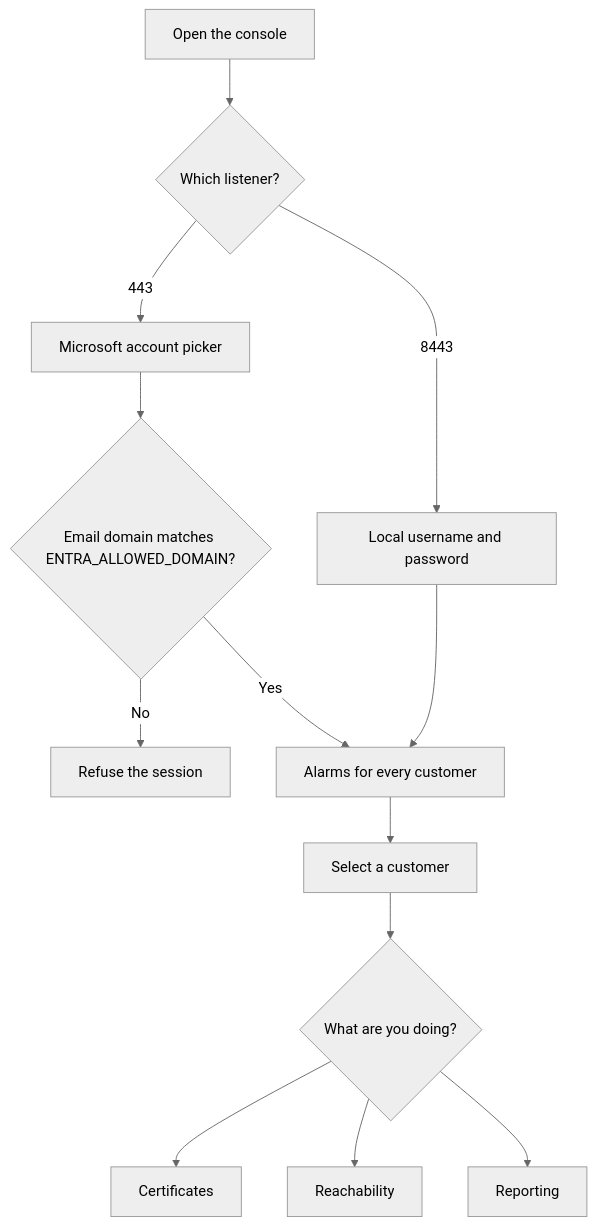
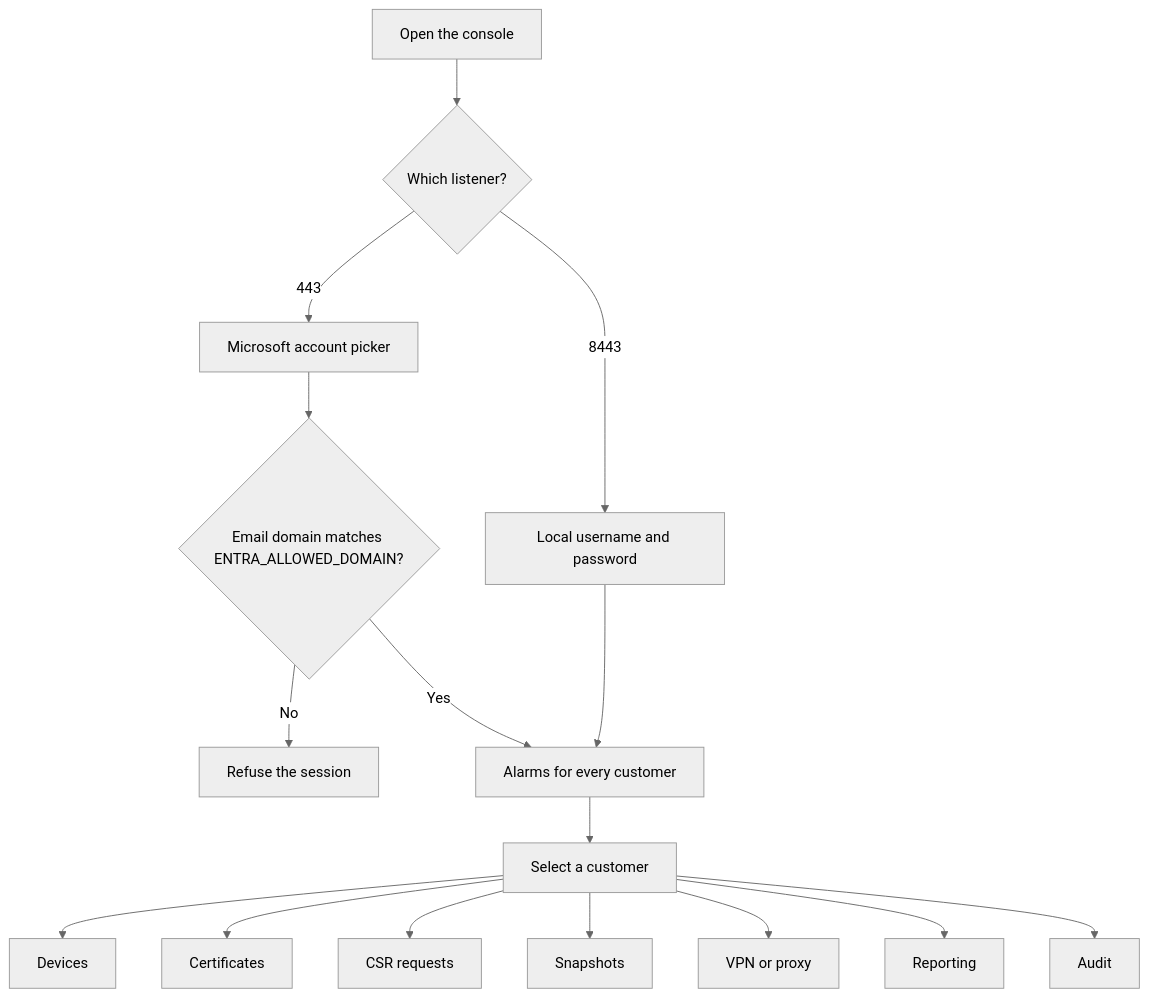
One commit to bmiles-git/avaya-sbce-manager changed the first of 3 diagrams in README.md. Above: the diagram before and after it, drawn with Mermaid (neutral theme). The commit also changed other lines of this file, not shown here.

Commit message:
Update the flows to the current renewal, proxy, and reporting paths.

````diff
--- a/README.md
+++ b/README.md
@@ -28,16 +28,19 @@
 ```mermaid
 flowchart TD
   open[Open the console]
   open --> port{Which listener?}
   port -->|443| entra[Microsoft account picker]
   entra --> domain{Email domain matches ENTRA_ALLOWED_DOMAIN?}
   domain -->|No| refuse[Refuse the session]
   domain -->|Yes| alarms[Alarms for every customer]
   port -->|8443| local[Local username and password]
   local --> alarms
   alarms --> choose[Select a customer]
-  choose --> work{What are you doing?}
-  work --> certs[Certificates]
-  work --> reach[Reachability]
-  work --> report[Reporting]
+  choose --> devices[Devices]
+  choose --> certs[Certificates]
+  choose --> csrpage[CSR requests]
+  choose --> snaps[Snapshots]
+  choose --> reach[VPN or proxy]
+  choose --> report[Reporting]
+  choose --> audit[Audit]
 ```
````
